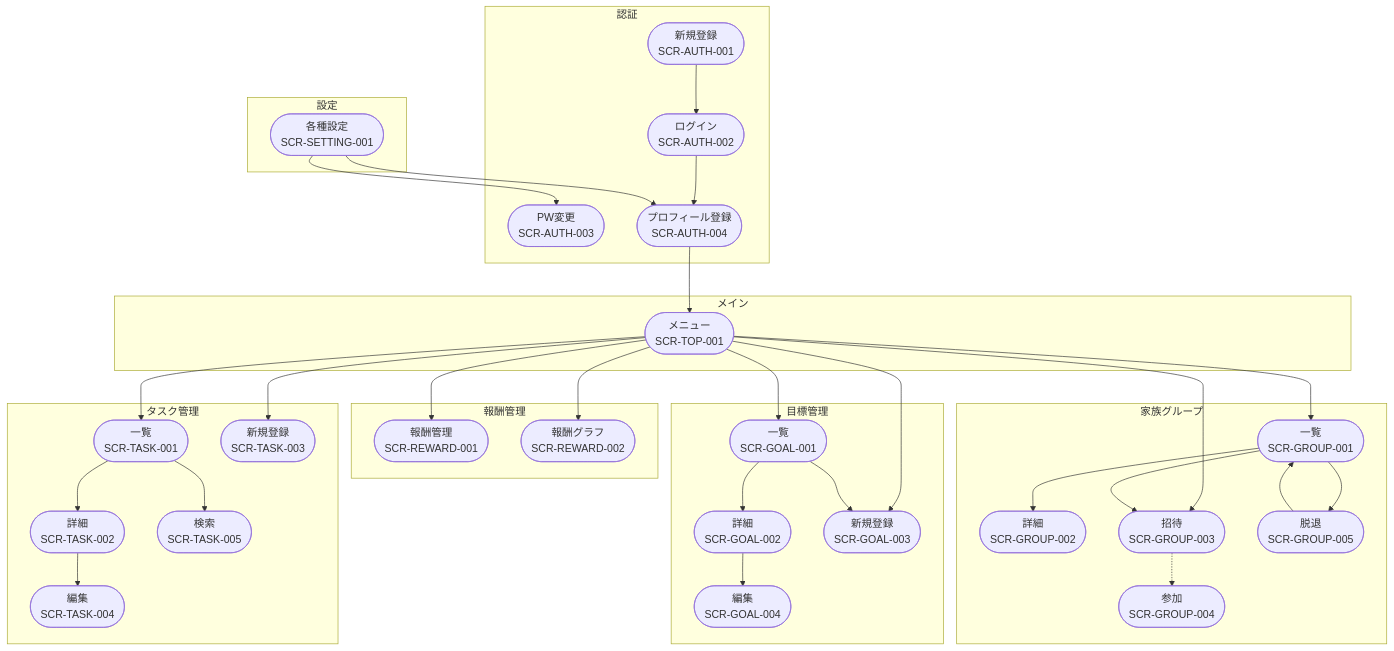
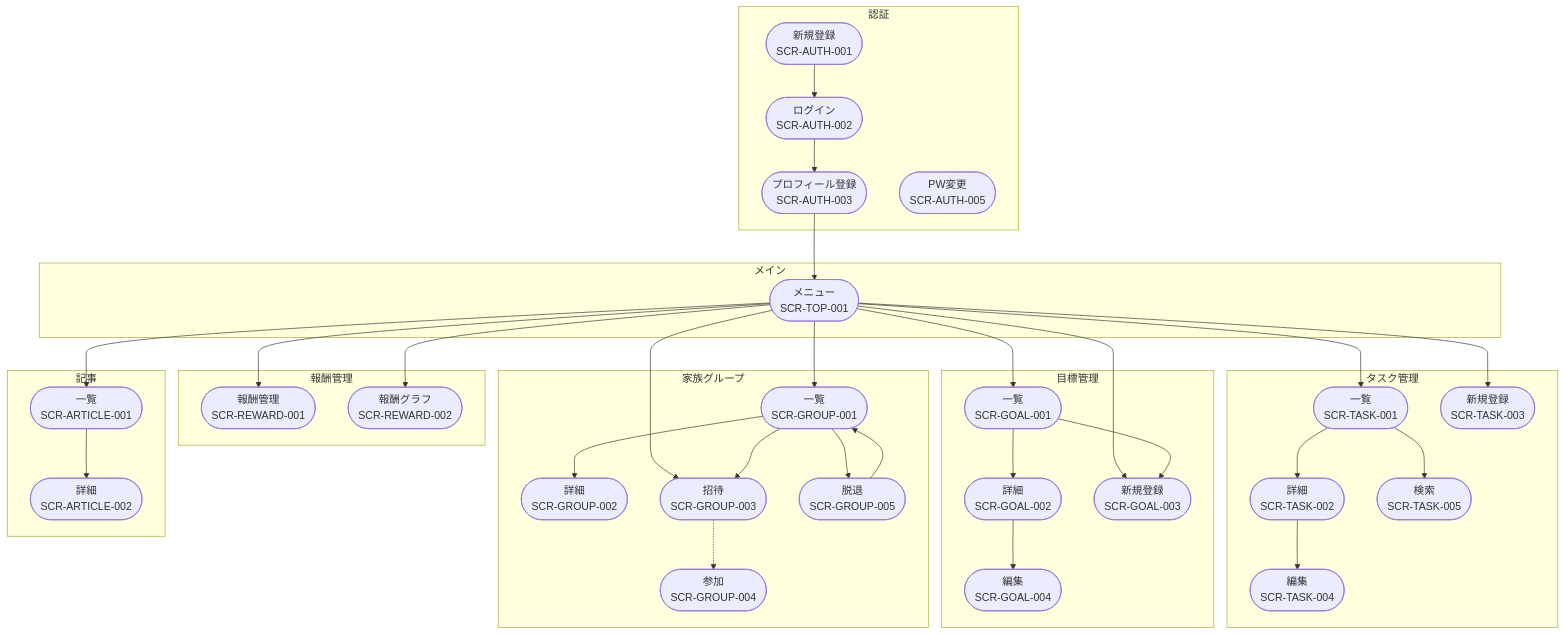
One commit to Masahiro335/fambiz-prototype changed the ninth of 9 diagrams in docs/design/diagrams/screen-transition.md. Above: the diagram before and after it, drawn with Mermaid. The commit also changed other lines of this file and 2 other files, not shown here.

Commit message:
docs: 設計書・仕様書の不備・不整合を修正
【SCR-AUTH 画面ID統一】functional-requirements.md を正として修正
- SCR-AUTH-003: パスワード変更 → プロフィール登録画面（プロトタイプ）
- SCR-AUTH-004: プロフィール登録 → パスワードリセット画面（本番のみ）
- SCR-AUTH-005: パスワードリセット → パスワード変更画面（本番のみ）
- ui-spec.md・screen-transition.md・wireframes/index.md を統一

【タスク分類カラー修正】ui-spec.md 4.1 をコード実装（TaskCard.tsx）に合わせて修正
- 掃除: ピンク → ブルー、料理: イエロー → レッド、洗濯: ブルー → イエロー

【記事機能の仕様書追加】プロトタイプ実装に合わせて各ドキュメントを更新
- ui-spec.md: SCR-ARTICLE-001/002 セクション追加、WordPress本番方針を記載
- wireframes/index.md: SCR-ARTICLE-001/002 ワイヤーフレーム仕様を追加
- screen-transition.md: 記事遷移を「本番のみ」から SCR-ARTICLE-001/002 に更新

【SCR-SETTING-001 実態反映】
- 各種設定画面は未実装（ヘッダーへの導線なし）のため「未実装」に区分変更
- screen-transition.md フロー7から「各種設定」リンクを削除し、コメントで明記
- フロー9のSETTINGサブグラフをARTICLEサブグラフに置き換え

````diff
--- a/docs/design/diagrams/screen-transition.md
+++ b/docs/design/diagrams/screen-transition.md
@@ -152,56 +150,58 @@
 ```mermaid
 flowchart TD
     subgraph AUTH[認証]
         A001([新規登録\nSCR-AUTH-001])
         A002([ログイン\nSCR-AUTH-002])
-        A003([PW変更\nSCR-AUTH-003])
-        A004([プロフィール登録\nSCR-AUTH-004])
+        A003([プロフィール登録\nSCR-AUTH-003])
+        A005([PW変更\nSCR-AUTH-005])
     end
 
     subgraph MAIN[メイン]
         TOP([メニュー\nSCR-TOP-001])
     end
 
     subgraph TASK[タスク管理]
         T001([一覧\nSCR-TASK-001])
         T002([詳細\nSCR-TASK-002])
         T003([新規登録\nSCR-TASK-003])
         T004([編集\nSCR-TASK-004])
         T005([検索\nSCR-TASK-005])
     end
 
     subgraph GOAL[目標管理]
         G001([一覧\nSCR-GOAL-001])
         G002([詳細\nSCR-GOAL-002])
         G003([新規登録\nSCR-GOAL-003])
         G004([編集\nSCR-GOAL-004])
     end
 
     subgraph REWARD[報酬管理]
         R001([報酬管理\nSCR-REWARD-001])
         R002([報酬グラフ\nSCR-REWARD-002])
     end
 
     subgraph GROUP[家族グループ]
         GR001([一覧\nSCR-GROUP-001])
         GR002([詳細\nSCR-GROUP-002])
         GR003([招待\nSCR-GROUP-003])
         GR004([参加\nSCR-GROUP-004])
         GR005([脱退\nSCR-GROUP-005])
     end
 
-    subgraph SETTING[設定]
-        S001([各種設定\nSCR-SETTING-001])
+    subgraph ARTICLE[記事]
+        AR001([一覧\nSCR-ARTICLE-001])
+        AR002([詳細\nSCR-ARTICLE-002])
     end
 
-    A001 --> A002 --> A004 --> TOP
-    TOP --> T001 & T003 & G001 & G003 & R001 & R002 & GR001 & GR003
+    %% SCR-SETTING-001（各種設定）は未実装のため除外
+    A001 --> A002 --> A003 --> TOP
+    TOP --> T001 & T003 & G001 & G003 & R001 & R002 & GR001 & GR003 & AR001
     T001 --> T002 & T005
     T002 --> T004
     G001 --> G002 & G003
     G002 --> G004
     GR001 --> GR002 & GR003 & GR005
     GR005 --> GR001
     GR003 -.-> GR004
-    S001 --> A004 & A003
+    AR001 --> AR002
 ```
````
